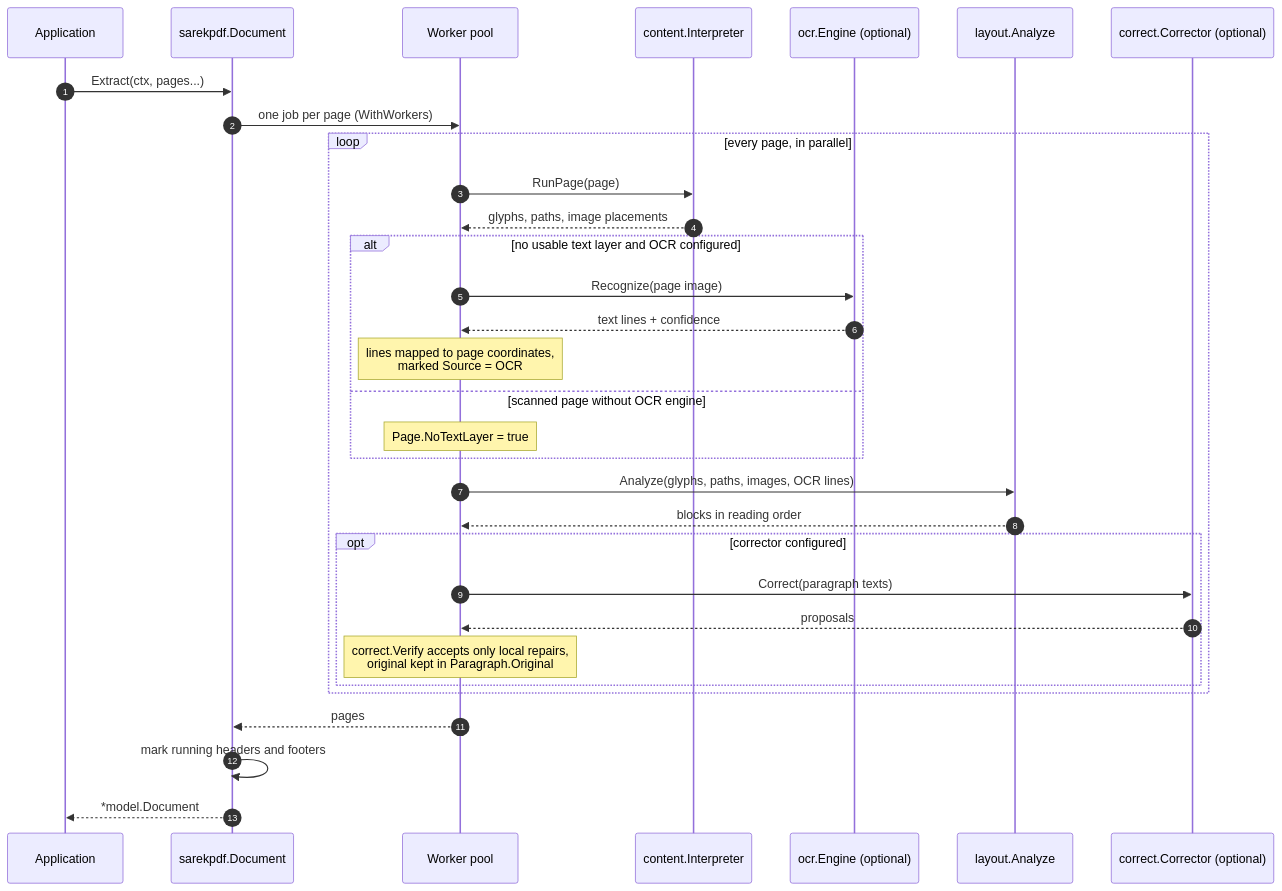
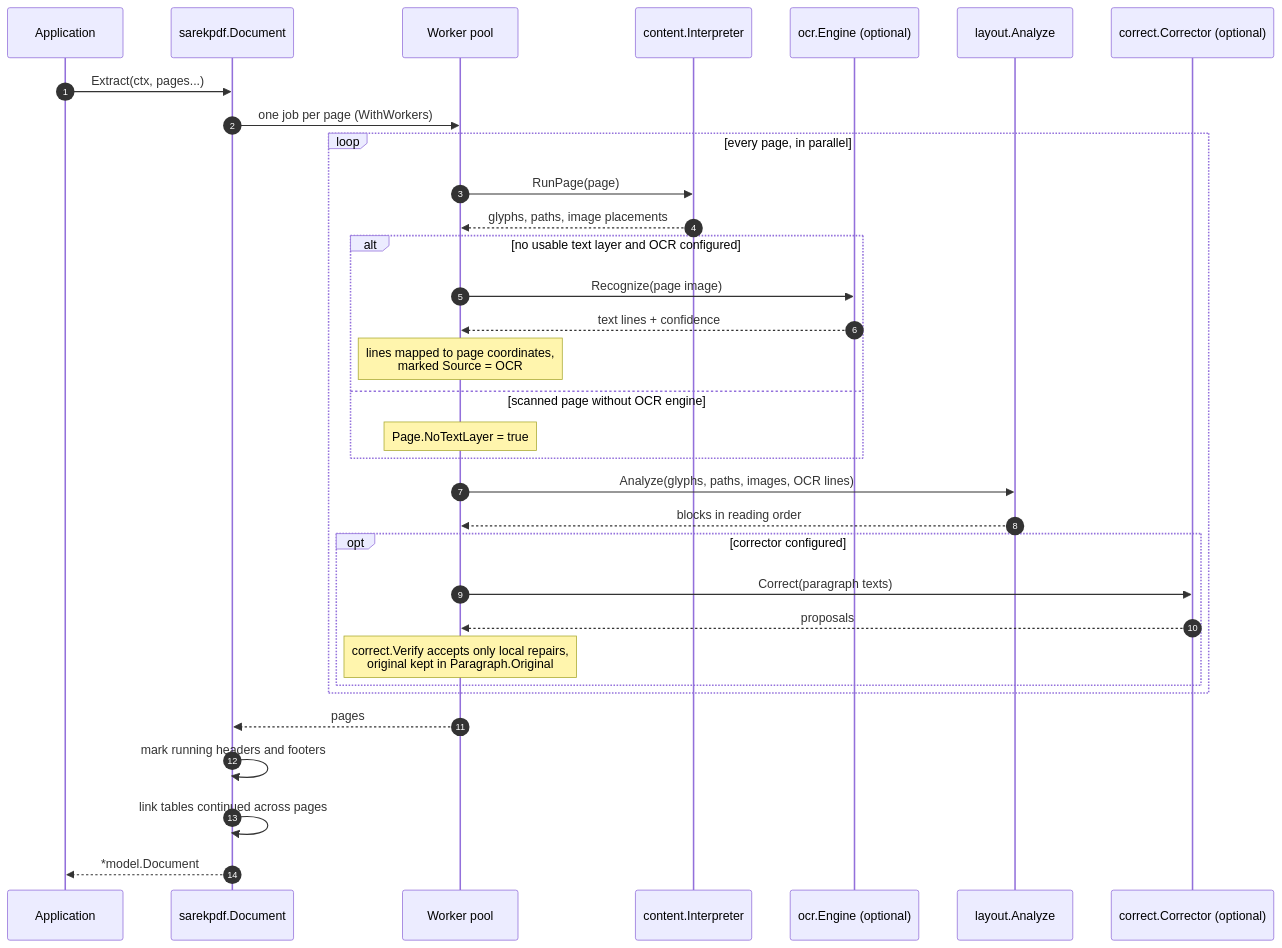
The second of 9 diagrams in docs/architecture.md (khanshahan/sarek_pdf), drawn with Mermaid before and after one commit. The commit also changed other lines of this file and 18 other files, not shown here.

````diff
--- a/docs/architecture.md
+++ b/docs/architecture.md
@@ -109,35 +112,36 @@
 ```mermaid
 sequenceDiagram
     autonumber
     participant App as Application
     participant Doc as sarekpdf.Document
     participant Pool as Worker pool
     participant CI as content.Interpreter
     participant OCR as ocr.Engine (optional)
     participant LA as layout.Analyze
     participant COR as correct.Corrector (optional)
 
     App->>Doc: Extract(ctx, pages...)
     Doc->>Pool: one job per page (WithWorkers)
     loop every page, in parallel
         Pool->>CI: RunPage(page)
         CI-->>Pool: glyphs, paths, image placements
         alt no usable text layer and OCR configured
             Pool->>OCR: Recognize(page image)
             OCR-->>Pool: text lines + confidence
             Note over Pool: lines mapped to page coordinates,<br/>marked Source = OCR
         else scanned page without OCR engine
             Note over Pool: Page.NoTextLayer = true
         end
         Pool->>LA: Analyze(glyphs, paths, images, OCR lines)
         LA-->>Pool: blocks in reading order
         opt corrector configured
             Pool->>COR: Correct(paragraph texts)
             COR-->>Pool: proposals
             Note over Pool: correct.Verify accepts only local repairs,<br/>original kept in Paragraph.Original
         end
     end
     Pool-->>Doc: pages
     Doc->>Doc: mark running headers and footers
+    Doc->>Doc: link tables continued across pages
     Doc-->>App: *model.Document
 ```
````
